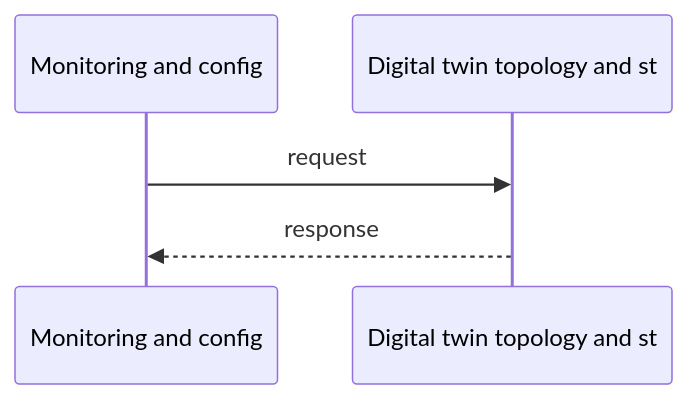
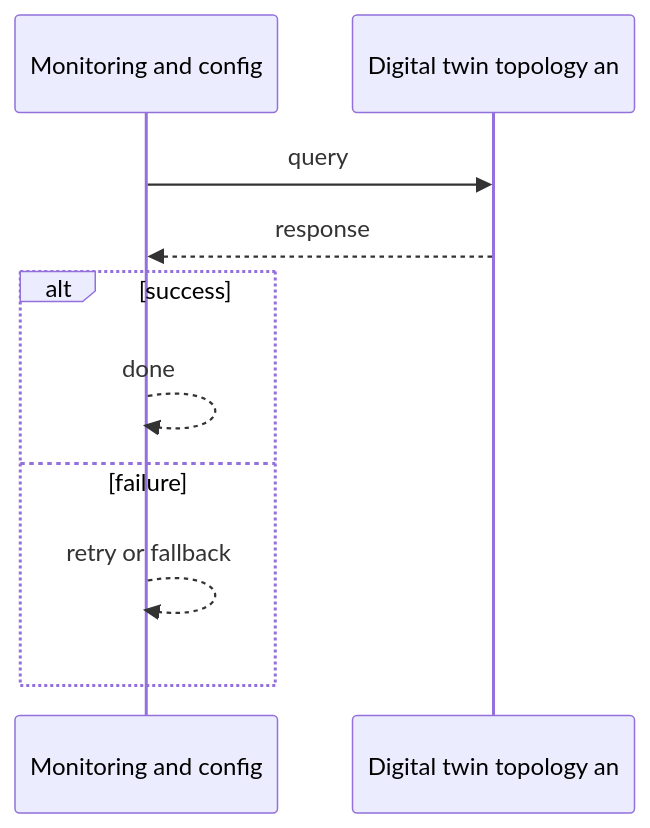
One commit to RIT-MESH/system-design-mastery changed the second of 3 diagrams in case-studies/network-ai-systems/network-digital-twin.md. Above: the diagram before and after it, drawn with Mermaid. The commit also changed other lines of this file and 215 other files, not shown here.

First line of the commit message:
Complete all remaining work: expand case studies, add 13 AI case studies, fix diagrams, status to Complete

````diff
--- a/case-studies/network-ai-systems/network-digital-twin.md
+++ b/case-studies/network-ai-systems/network-digital-twin.md
@@ -23,8 +24,13 @@
 ```mermaid
-%% origin: original to system-design-mastery
+%% created-for: system-design-mastery
 sequenceDiagram
   participant P0 as Monitoring and config
-  participant P1 as Digital twin topology and st
-  P0 ->> P1: request
+  participant P1 as Digital twin topology an
+  P0 ->> P1: query
   P1 -->> P0: response
+  alt success
+    P0 -->> P0: done
+  else failure
+    P0 -->> P0: retry or fallback
+  end
 ```
````
